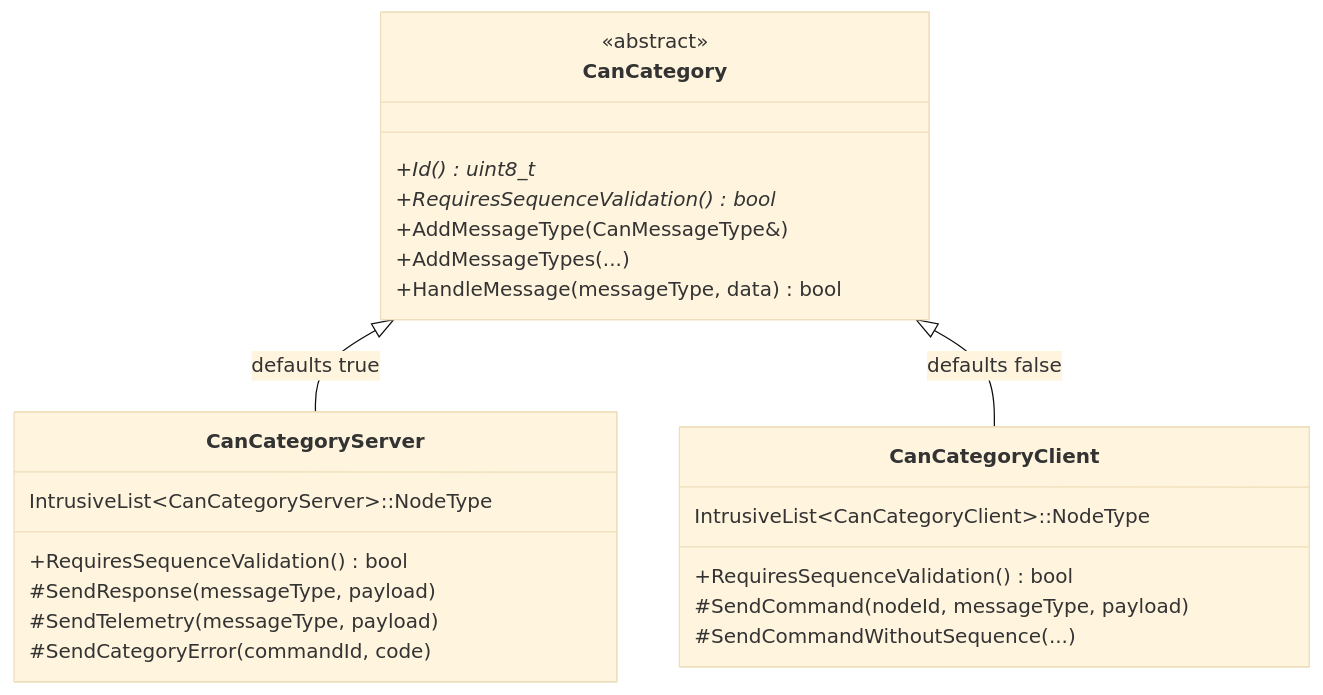
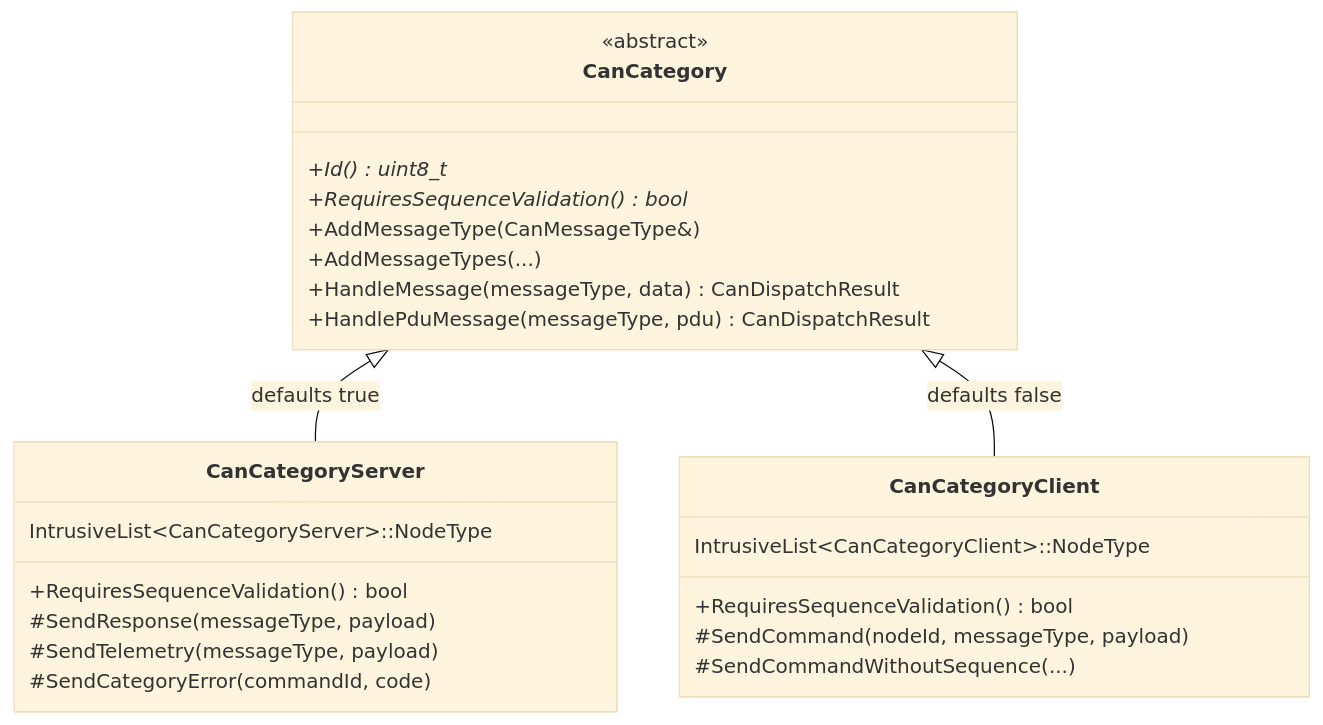
The second of 4 diagrams in documents/design/architecture.md (embedded-pro/can-lite), drawn with Mermaid (base theme) before and after one commit. The commit also changed other lines of this file and 49 other files, not shown here.

````diff
--- a/documents/design/architecture.md
+++ b/documents/design/architecture.md
@@ -62,29 +62,30 @@
 ```mermaid
 classDiagram
     class CanCategory {
         <<abstract>>
         +Id() uint8_t*
         +RequiresSequenceValidation() bool*
         +AddMessageType(CanMessageType&)
         +AddMessageTypes(...)
-        +HandleMessage(messageType, data) bool
+        +HandleMessage(messageType, data) CanDispatchResult
+        +HandlePduMessage(messageType, pdu) CanDispatchResult
     }
 
     class CanCategoryServer {
         +RequiresSequenceValidation() bool
         #SendResponse(messageType, payload)
         #SendTelemetry(messageType, payload)
         #SendCategoryError(commandId, code)
         IntrusiveList~CanCategoryServer~::NodeType
     }
 
     class CanCategoryClient {
         +RequiresSequenceValidation() bool
         #SendCommand(nodeId, messageType, payload)
         #SendCommandWithoutSequence(...)
         IntrusiveList~CanCategoryClient~::NodeType
     }
 
     CanCategory <|-- CanCategoryServer : defaults true
     CanCategory <|-- CanCategoryClient : defaults false
 ```
````
